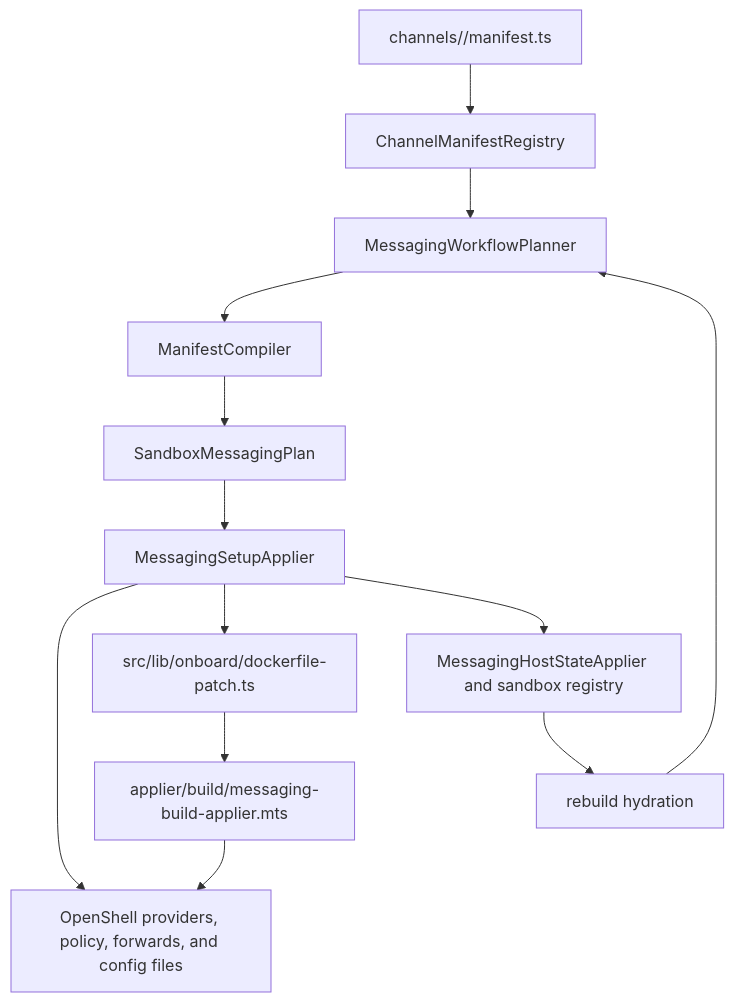
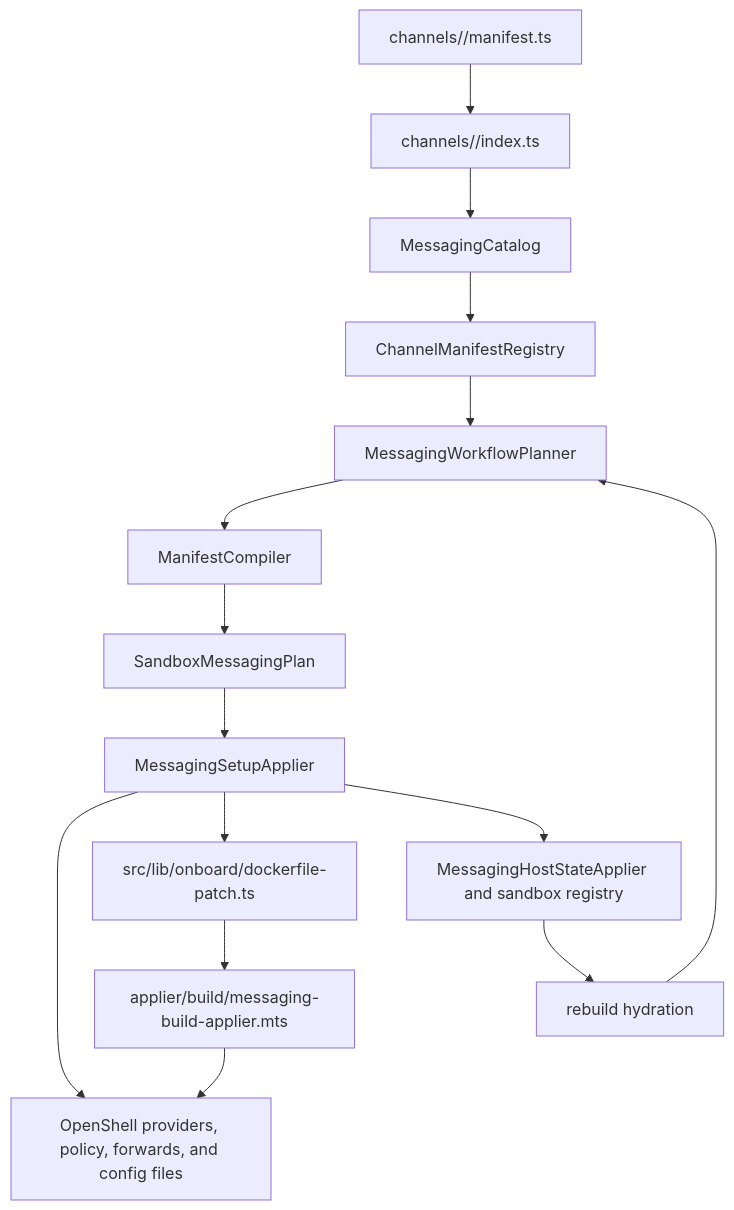
One commit to NVIDIA/NemoClaw changed the first of 3 diagrams in src/lib/messaging/README.md. Above: the diagram before and after it, drawn with Mermaid. The commit also changed other lines of this file and 17 other files, not shown here.

Commit message:
docs(messaging): document channel authoring workflow

````diff
--- a/src/lib/messaging/README.md
+++ b/src/lib/messaging/README.md
@@ -14,27 +14,31 @@
 ```mermaid
 flowchart TD
   manifest["channels/<channel>/manifest.ts"]
+  module["channels/<channel>/index.ts"]
+  catalog["MessagingCatalog"]
   registry["ChannelManifestRegistry"]
   planner["MessagingWorkflowPlanner"]
   compiler["ManifestCompiler"]
   plan["SandboxMessagingPlan"]
   setup["MessagingSetupApplier"]
   dockerfile["src/lib/onboard/dockerfile-patch.ts"]
   build["applier/build/messaging-build-applier.mts"]
   openshell["OpenShell providers, policy, forwards, and config files"]
   state["MessagingHostStateApplier and sandbox registry"]
   rebuild["rebuild hydration"]
 
-  manifest --> registry
+  manifest --> module
+  module --> catalog
+  catalog --> registry
   registry --> planner
   planner --> compiler
   compiler --> plan
   plan --> setup
   setup --> openshell
   setup --> dockerfile
   dockerfile --> build
   build --> openshell
   setup --> state
   state --> rebuild
   rebuild --> planner
 ```
````
